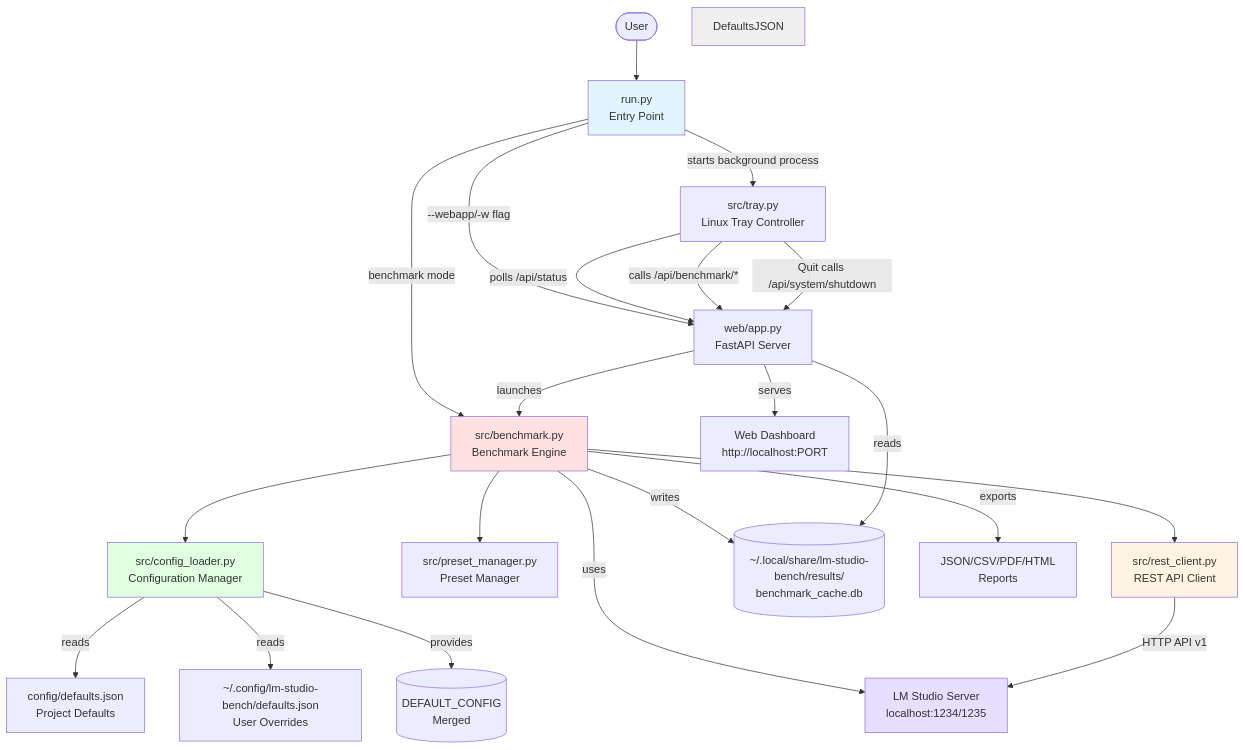
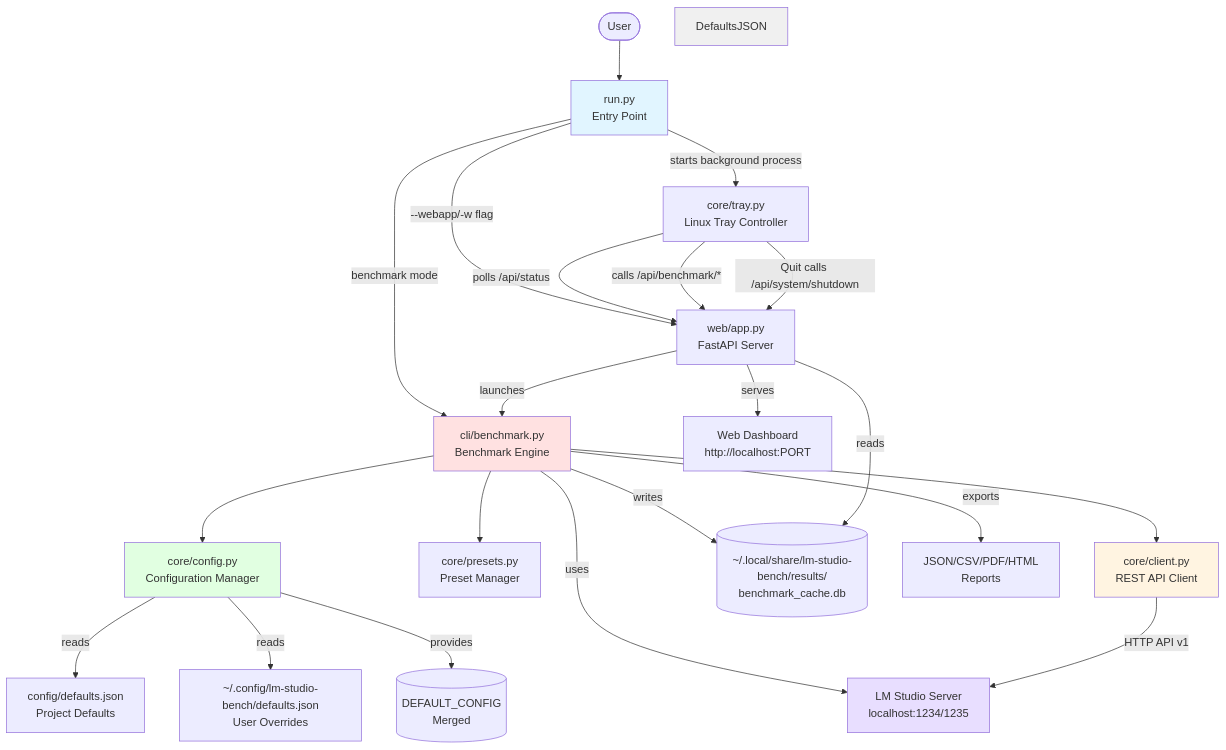
One commit to Ajimaru/LM-Studio-Bench changed the first of 12 diagrams in docs/ARCHITECTURE.md. Above: the diagram before and after it, drawn with Mermaid. The commit also changed other lines of this file and 42 other files, not shown here.

First line of the commit message:
Refactor project structure: move source files from 'src/' to 'core/' and 'cli/' directories

````diff
--- a/docs/ARCHITECTURE.md
+++ b/docs/ARCHITECTURE.md
@@ -43,36 +43,36 @@
 ```mermaid
 graph TB
     User([User]) --> RunPy[run.py<br/>Entry Point]
 
     RunPy -->|--webapp/-w flag| WebApp[web/app.py<br/>FastAPI Server]
-    RunPy -->|benchmark mode| Benchmark[src/benchmark.py<br/>Benchmark Engine]
+    RunPy -->|benchmark mode| Benchmark[cli/benchmark.py<br/>Benchmark Engine]
     
-    Benchmark --> ConfigLoader[src/config_loader.py<br/>Configuration Manager]
-    Benchmark --> PresetManager[src/preset_manager.py<br/>Preset Manager]
-    Benchmark --> RestClient[src/rest_client.py<br/>REST API Client]
+    Benchmark --> ConfigLoader[core/config.py<br/>Configuration Manager]
+    Benchmark --> PresetManager[core/presets.py<br/>Preset Manager]
+    Benchmark --> RestClient[core/client.py<br/>REST API Client]
     
     ConfigLoader -->|reads| ProjectConfig[config/defaults.json<br/>Project Defaults]
     ConfigLoader -->|reads| UserConfig[~/.config/lm-studio-bench/defaults.json<br/>User Overrides]
     ConfigLoader -->|provides| DefaultConfig[(DEFAULT_CONFIG<br/>Merged)]
     
     Benchmark -->|uses| LMStudio[LM Studio Server<br/>localhost:1234/1235]
     RestClient -->|HTTP API v1| LMStudio
     
     Benchmark -->|writes| ResultsDB[(~/.local/share/lm-studio-bench/results/<br/>benchmark_cache.db)]
     Benchmark -->|exports| Reports[JSON/CSV/PDF/HTML<br/>Reports]
     
     WebApp -->|launches| Benchmark
     WebApp -->|reads| ResultsDB
     WebApp -->|serves| Dashboard[Web Dashboard<br/>http://localhost:PORT]
-    RunPy -->|starts background process| Tray[src/tray.py<br/>Linux Tray Controller]
+    RunPy -->|starts background process| Tray[core/tray.py<br/>Linux Tray Controller]
     Tray -->|polls /api/status| WebApp
     Tray -->|calls /api/benchmark/*| WebApp
     Tray -->|Quit calls /api/system/shutdown| WebApp
     
     style RunPy fill:#e1f5ff
     style Benchmark fill:#ffe1e1
     style ConfigLoader fill:#e1ffe1
     style RestClient fill:#fff4e1
     style DefaultsJSON fill:#f0f0f0
     style LMStudio fill:#e8deff
 ```
````
